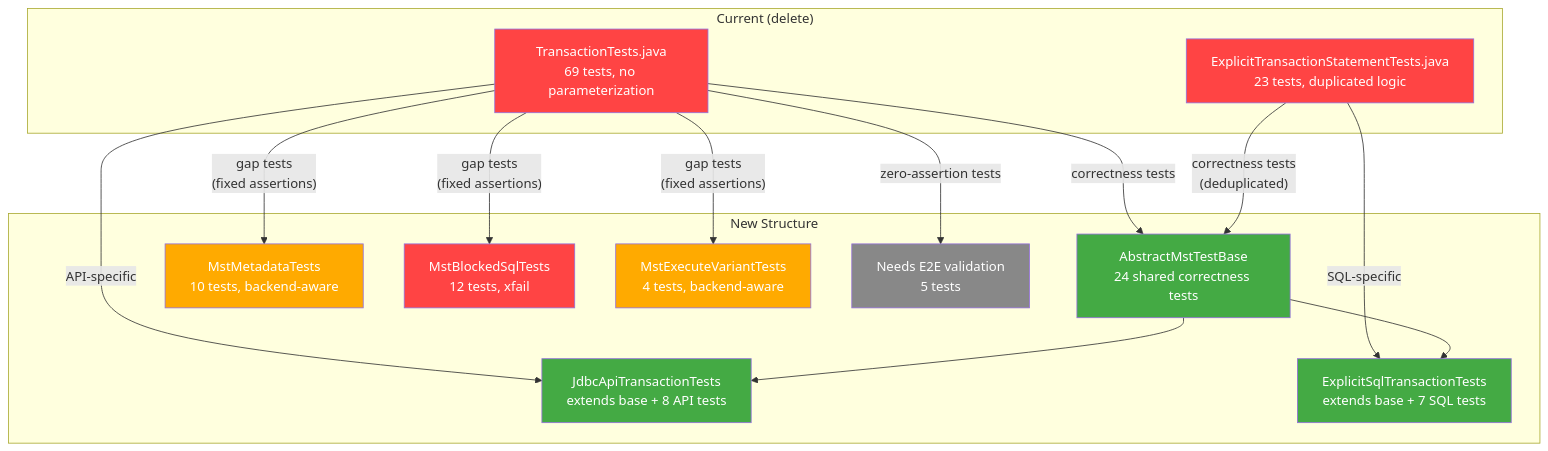
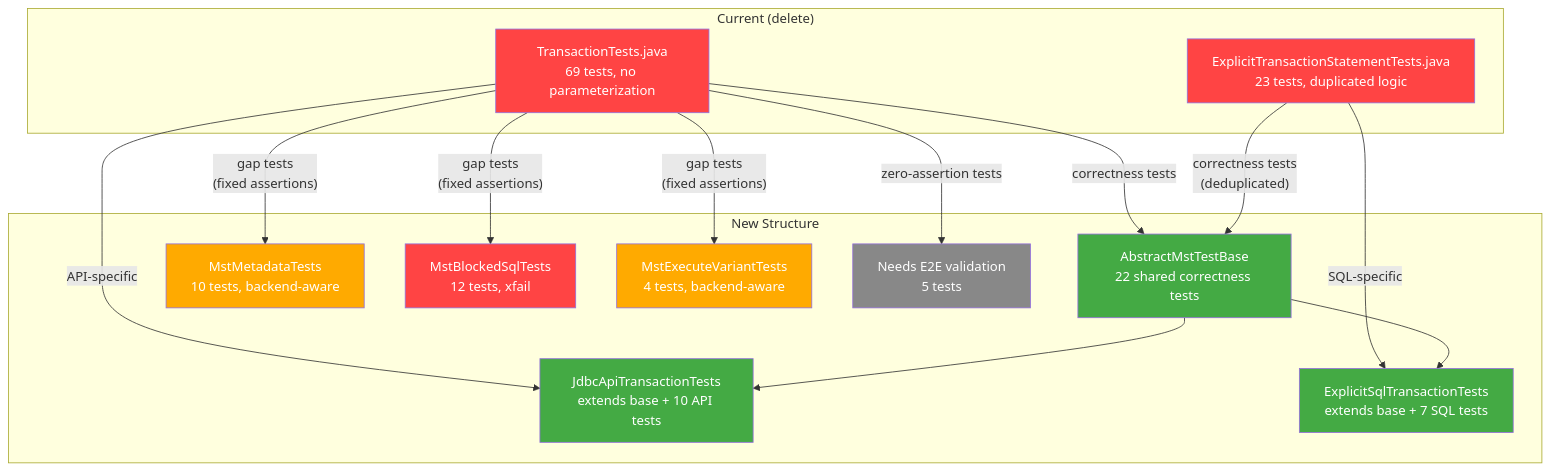
The tenth of 10 diagrams in docs/mst-test-design.md (databricks/databricks-jdbc), drawn with Mermaid before and after one commit. The commit also changed other lines of this file, not shown here.

First line of the commit message:
Move auto-start tests to JdbcApiTransactionTests

````diff
--- a/docs/mst-test-design.md
+++ b/docs/mst-test-design.md
@@ -477,39 +482,39 @@
 ```mermaid
 flowchart TD
     subgraph "Current (delete)"
         OLD1["TransactionTests.java<br/>69 tests, no parameterization"]
         OLD2["ExplicitTransactionStatementTests.java<br/>23 tests, duplicated logic"]
     end
 
     subgraph "New Structure"
-        BASE["AbstractMstTestBase<br/>24 shared correctness tests"]
-        JDBC_API["JdbcApiTransactionTests<br/>extends base + 8 API tests"]
+        BASE["AbstractMstTestBase<br/>22 shared correctness tests"]
+        JDBC_API["JdbcApiTransactionTests<br/>extends base + 10 API tests"]
         EXPLICIT["ExplicitSqlTransactionTests<br/>extends base + 7 SQL tests"]
         META_NEW["MstMetadataTests<br/>10 tests, backend-aware"]
         BLOCKED_NEW["MstBlockedSqlTests<br/>12 tests, xfail"]
         EXEC_NEW["MstExecuteVariantTests<br/>4 tests, backend-aware"]
         E2E_NEW["Needs E2E validation<br/>5 tests"]
     end
 
     OLD1 -->|"correctness tests"| BASE
     OLD2 -->|"correctness tests<br/>(deduplicated)"| BASE
     OLD1 -->|"API-specific"| JDBC_API
     OLD2 -->|"SQL-specific"| EXPLICIT
     OLD1 -->|"gap tests<br/>(fixed assertions)"| META_NEW
     OLD1 -->|"gap tests<br/>(fixed assertions)"| BLOCKED_NEW
     OLD1 -->|"gap tests<br/>(fixed assertions)"| EXEC_NEW
     OLD1 -->|"zero-assertion tests"| E2E_NEW
 
     BASE --> JDBC_API
     BASE --> EXPLICIT
 
     style OLD1 fill:#f44,color:#fff
     style OLD2 fill:#f44,color:#fff
     style BASE fill:#4a4,color:#fff
     style JDBC_API fill:#4a4,color:#fff
     style EXPLICIT fill:#4a4,color:#fff
     style META_NEW fill:#fa0,color:#fff
     style BLOCKED_NEW fill:#f44,color:#fff
     style EXEC_NEW fill:#fa0,color:#fff
     style E2E_NEW fill:#888,color:#fff
 ```
````
